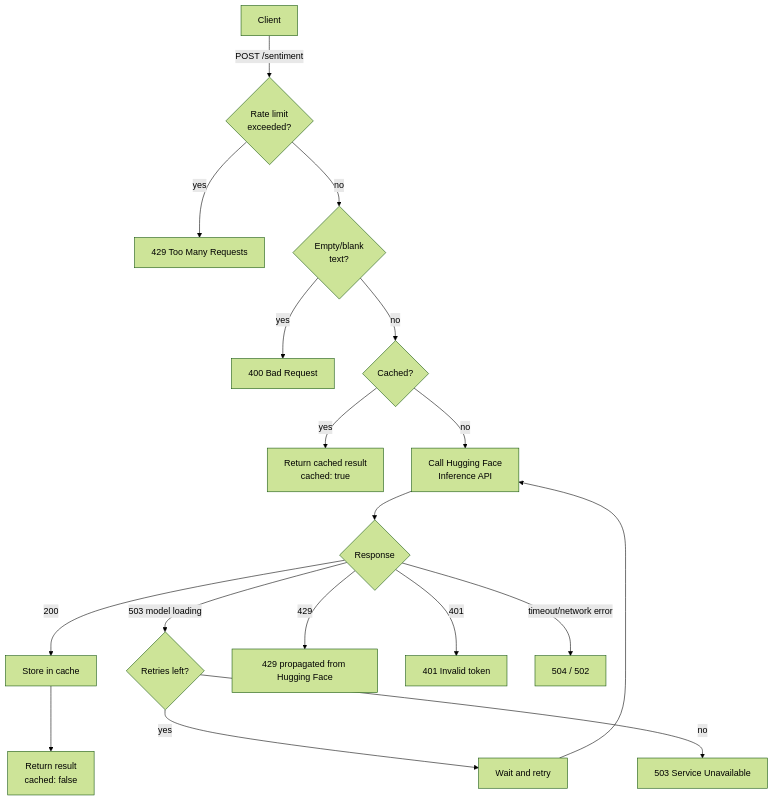
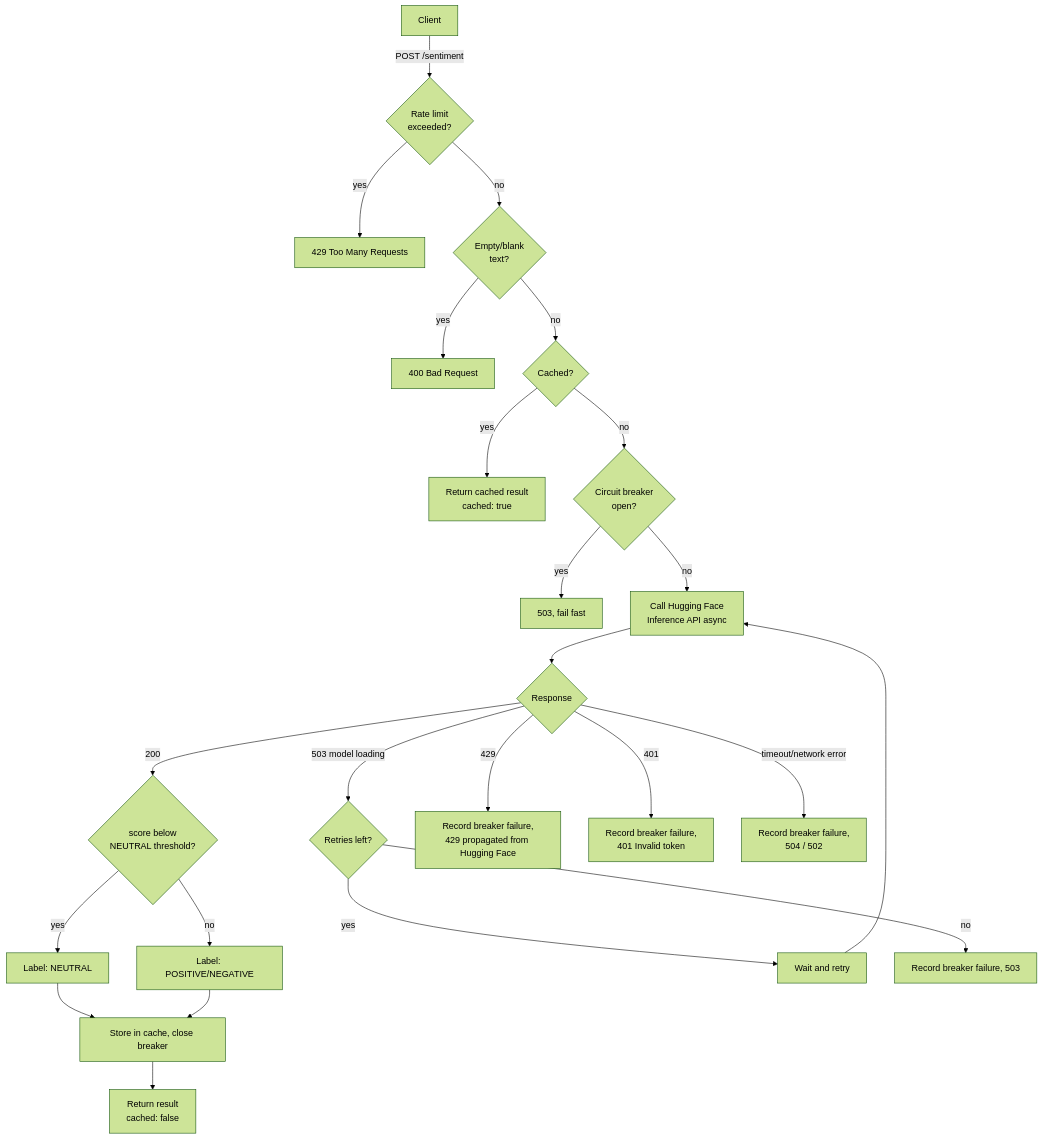
The diagram in README.md (ricardomb-tech/reto-02), drawn with Mermaid (forest theme) before and after one commit. The commit also changed other lines of this file and 27 other files, not shown here.

Commit message:
feat: add async I/O, batch endpoint, NEUTRAL label, circuit breaker, observability, pluggable cache backend, demo page, CI, and load test

````diff
--- a/README.md
+++ b/README.md
@@ -61,20 +83,26 @@
 ```mermaid
 flowchart TD
     A[Client] -->|POST /sentiment| B{Rate limit<br/>exceeded?}
     B -- yes --> C[429 Too Many Requests]
     B -- no --> D{Empty/blank<br/>text?}
     D -- yes --> E[400 Bad Request]
     D -- no --> F{Cached?}
     F -- yes --> G[Return cached result<br/>cached: true]
-    F -- no --> H[Call Hugging Face<br/>Inference API]
+    F -- no --> BR{Circuit breaker<br/>open?}
+    BR -- yes --> BO[503, fail fast]
+    BR -- no --> H[Call Hugging Face<br/>Inference API async]
     H --> I{Response}
-    I -- 200 --> J[Store in cache]
+    I -- 200 --> S{score below<br/>NEUTRAL threshold?}
+    S -- yes --> N1[Label: NEUTRAL]
+    S -- no --> N2[Label: POSITIVE/NEGATIVE]
+    N1 --> J[Store in cache, close breaker]
+    N2 --> J
     J --> K[Return result<br/>cached: false]
     I -- 503 model loading --> L{Retries left?}
     L -- yes --> M[Wait and retry]
     M --> H
-    L -- no --> N[503 Service Unavailable]
-    I -- 429 --> O[429 propagated from Hugging Face]
-    I -- 401 --> P[401 Invalid token]
-    I -- timeout/network error --> Q[504 / 502]
+    L -- no --> N[Record breaker failure, 503]
+    I -- 429 --> O[Record breaker failure,<br/>429 propagated from Hugging Face]
+    I -- 401 --> P[Record breaker failure,<br/>401 Invalid token]
+    I -- timeout/network error --> Q[Record breaker failure,<br/>504 / 502]
 ```
````
